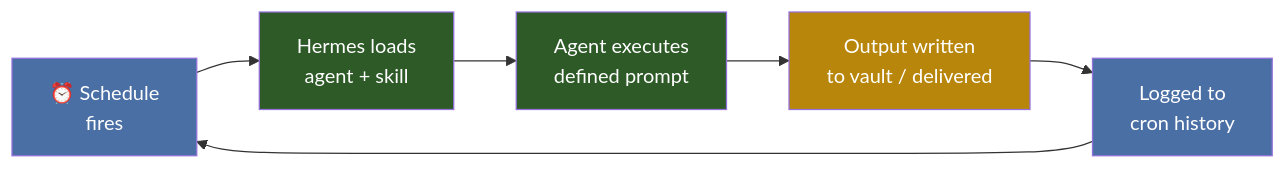
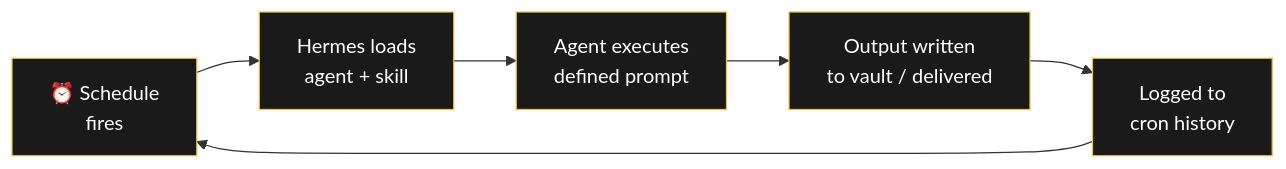
Before and after one commit to raulmina1/quartz-garden: the first of 3 diagrams in content/Projekte/Cron Shop.md, drawn with Mermaid. The commit also changed other lines of this file and 13 other files, not shown here.

Commit message:
all 10 improvements: dark flowcharts, Plausible analytics, favicon, CNAME for domain, OG images already active

````diff
--- a/content/Projekte/Cron Shop.md
+++ b/content/Projekte/Cron Shop.md
@@ -38,14 +38,14 @@
 ```mermaid
 flowchart LR
     A[⏰ Schedule<br/>fires] --> B[Hermes loads<br/>agent + skill]
     B --> C[Agent executes<br/>defined prompt]
     C --> D[Output written<br/>to vault / delivered]
     D --> E[Logged to<br/>cron history]
     E --> A
     
-    style A fill:#4a6fa5,color:#fff
-    style B fill:#2d5a27,color:#fff
-    style C fill:#2d5a27,color:#fff
-    style D fill:#b8860b,color:#fff
-    style E fill:#4a6fa5,color:#fff
+    style A fill:#1a1a1a,stroke:#f0c040,color:#fff
+    style B fill:#1a1a1a,stroke:#f0c040,color:#fff
+    style C fill:#1a1a1a,stroke:#f0c040,color:#fff
+    style D fill:#1a1a1a,stroke:#f0c040,color:#fff
+    style E fill:#1a1a1a,stroke:#f0c040,color:#fff
 ```
````
